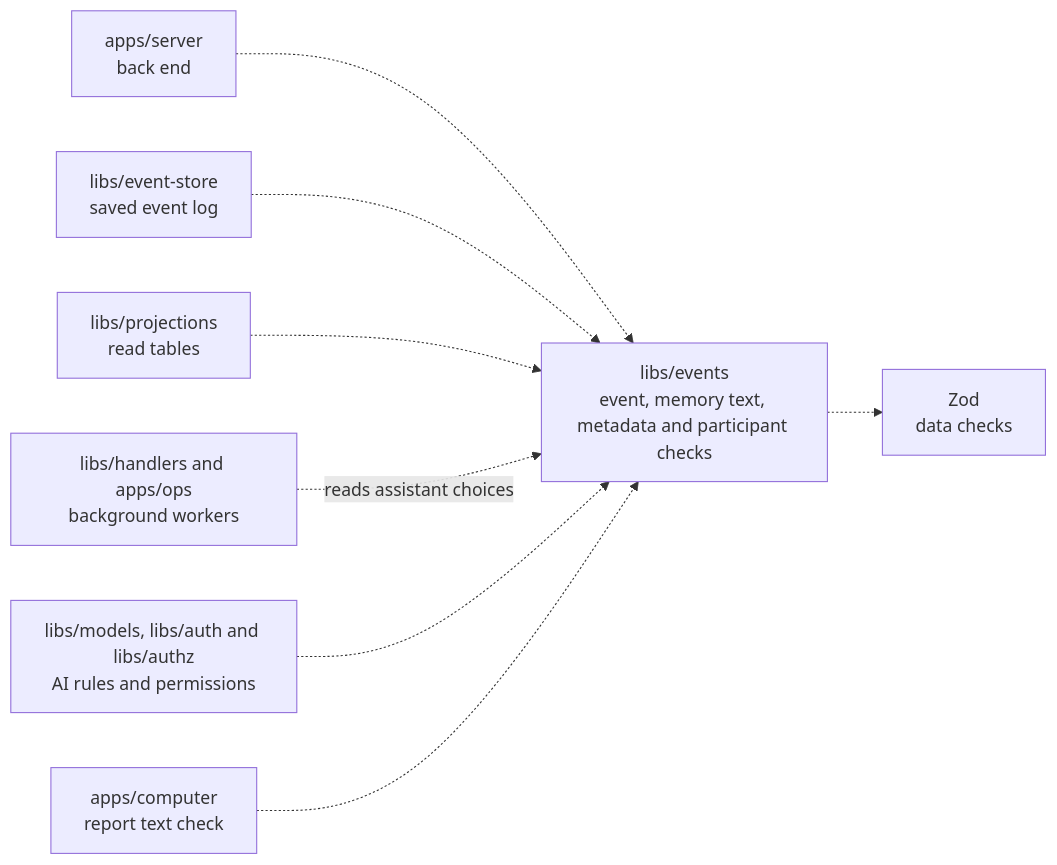
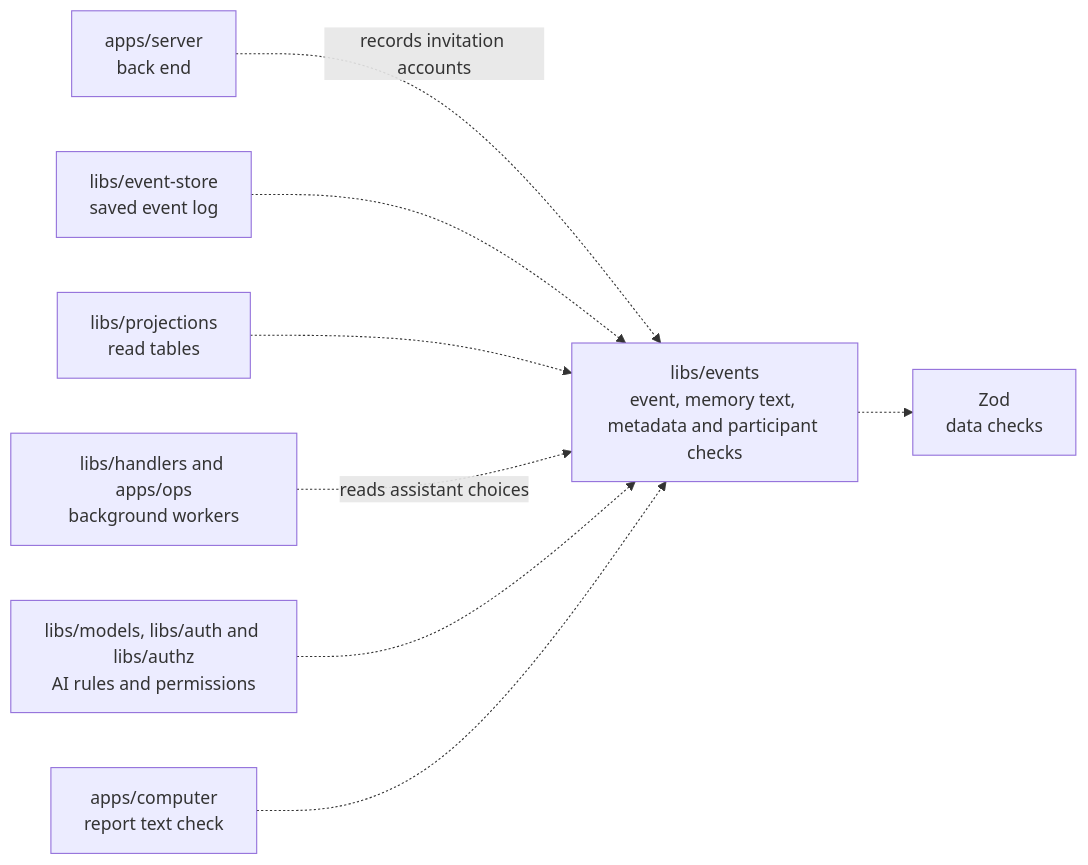
One commit to elewa-git/opencrane-new changed the diagram in libs/events/README.md. Above: the diagram before and after it, drawn with Mermaid. The commit also changed other lines of this file and 14 other files, not shown here.

````diff
--- a/libs/events/README.md
+++ b/libs/events/README.md
@@ -23,10 +23,10 @@
 ```mermaid
 flowchart LR
-  server["apps/server<br/>back end"] -.-> events["libs/events<br/>event, memory text, metadata and participant checks"]
+  server["apps/server<br/>back end"] -.->|records invitation accounts| events["libs/events<br/>event, memory text, metadata and participant checks"]
   store["libs/event-store<br/>saved event log"] -.-> events
   projections["libs/projections<br/>read tables"] -.-> events
   workers["libs/handlers and apps/ops<br/>background workers"] -.->|reads assistant choices| events
   others["libs/models, libs/auth and libs/authz<br/>AI rules and permissions"] -.-> events
   computer["apps/computer<br/>report text check"] -.-> events
   events -.-> zod["Zod<br/>data checks"]
 ```
````
